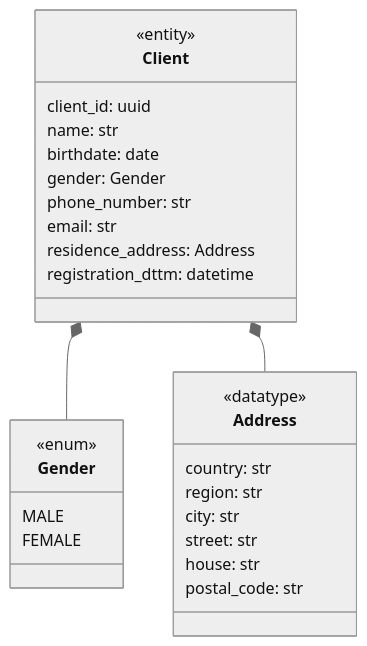
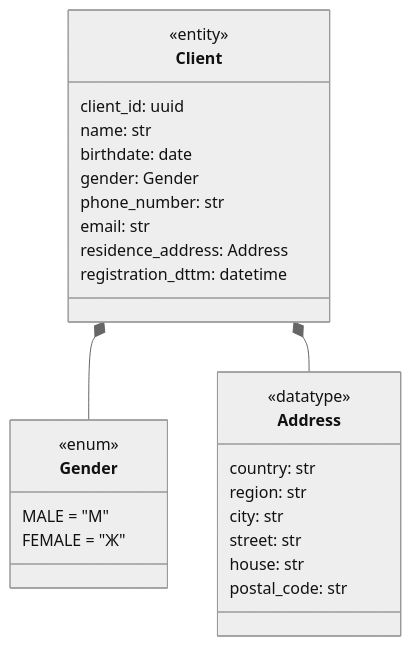
Before and after one commit to vgorbikov/dq-practice: the first of 6 diagrams in docs/db_schema/Сервисы предприятия.md, drawn with Mermaid (neutral theme). The commit also changed other lines of this file and 2 other files, not shown here.

Commit message:
fix db-schema

````diff
--- a/docs/db_schema/Сервисы предприятия.md
+++ b/docs/db_schema/Сервисы предприятия.md
@@ -19,32 +19,32 @@
 ```mermaid
 classDiagram
 
 class Client <<entity>> {
     client_id: uuid
     name: str
     birthdate: date
     gender: Gender
     phone_number: str
     email: str
     residence_address: Address
     registration_dttm: datetime
 }
 
 class Gender <<enum>> {
-    MALE 
-    FEMALE
+    MALE = "М"
+    FEMALE = "Ж"
 }
 
 class Address <<datatype>> {
     country: str
     region: str 
     city: str
     street: str
     house: str
     postal_code: str
 }
 
 Client *-- Gender
 Client *-- Address
 
 ```
````
